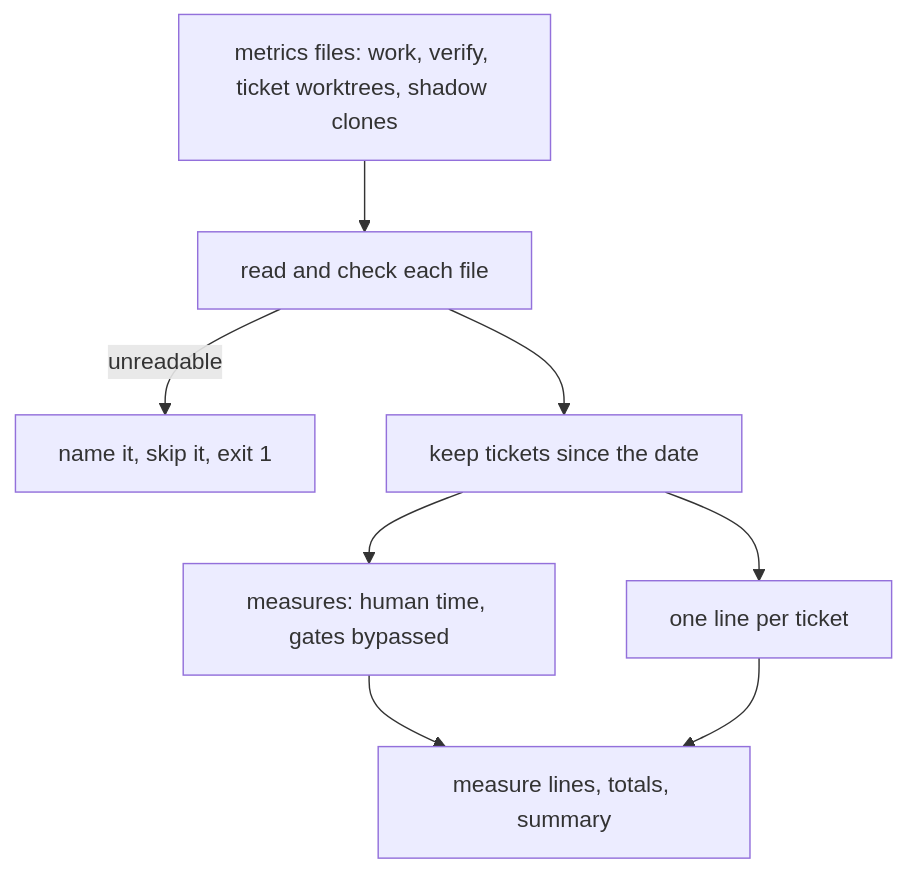
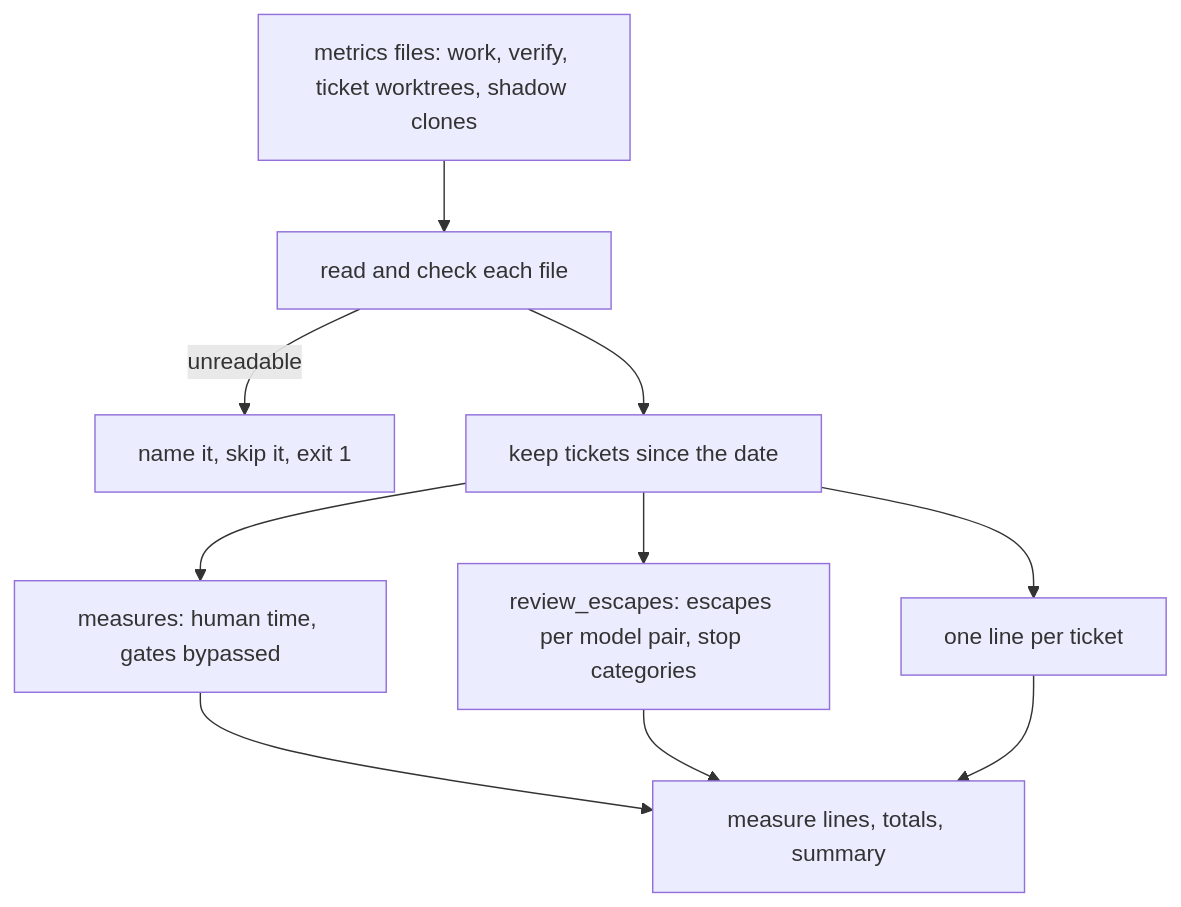
Before and after one commit to plaplanche/ariane: the first of 3 diagrams in docs/architecture/modules/report.md, drawn with Mermaid. The commit also changed other lines of this file and 34 other files, not shown here.

Commit message:
#196: ariane report: review escapes per model pair and stop categories (C10, C19)

````diff
--- a/docs/architecture/modules/report.md
+++ b/docs/architecture/modules/report.md
@@ -25,10 +26,12 @@
 ```mermaid
 flowchart TD
 A[metrics files: work, verify, ticket worktrees, shadow clones] --> B[read and check each file]
   B -->|unreadable| C[name it, skip it, exit 1]
   B --> D[keep tickets since the date]
   D --> E[measures: human time, gates bypassed]
   D --> F[one line per ticket]
+  D --> H[review_escapes: escapes per model pair, stop categories]
   E --> G[measure lines, totals, summary]
+  H --> G
   F --> G
 ```
````
